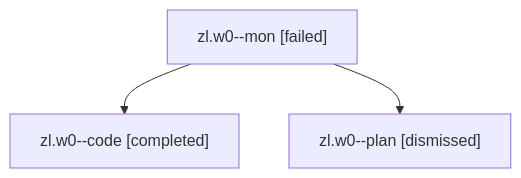
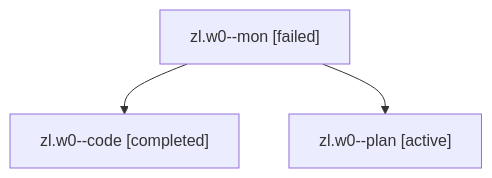
Before and after one commit to sase-org/sase--agents: the diagram in families/bbugyi200.athena.zl.w0.md, drawn with Mermaid. The commit also changed other lines of this file and 35830 other files, not shown here.

````diff
--- a/families/bbugyi200.athena.zl.w0.md
+++ b/families/bbugyi200.athena.zl.w0.md
@@ -9,8 +9,8 @@
 ```mermaid
 flowchart TD
   n0["zl.w0--mon [failed]"]
   n1["zl.w0--code [completed]"]
   n0 --> n1
-  n2["zl.w0--plan [dismissed]"]
+  n2["zl.w0--plan [active]"]
   n0 --> n2
 ```
````
